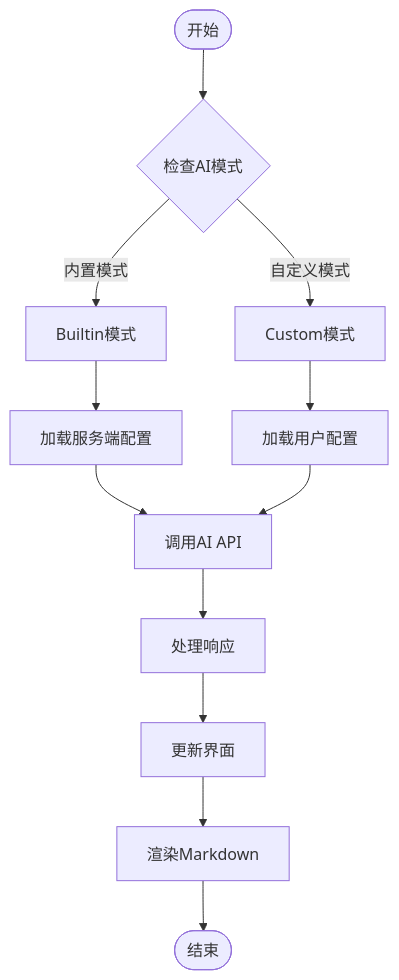
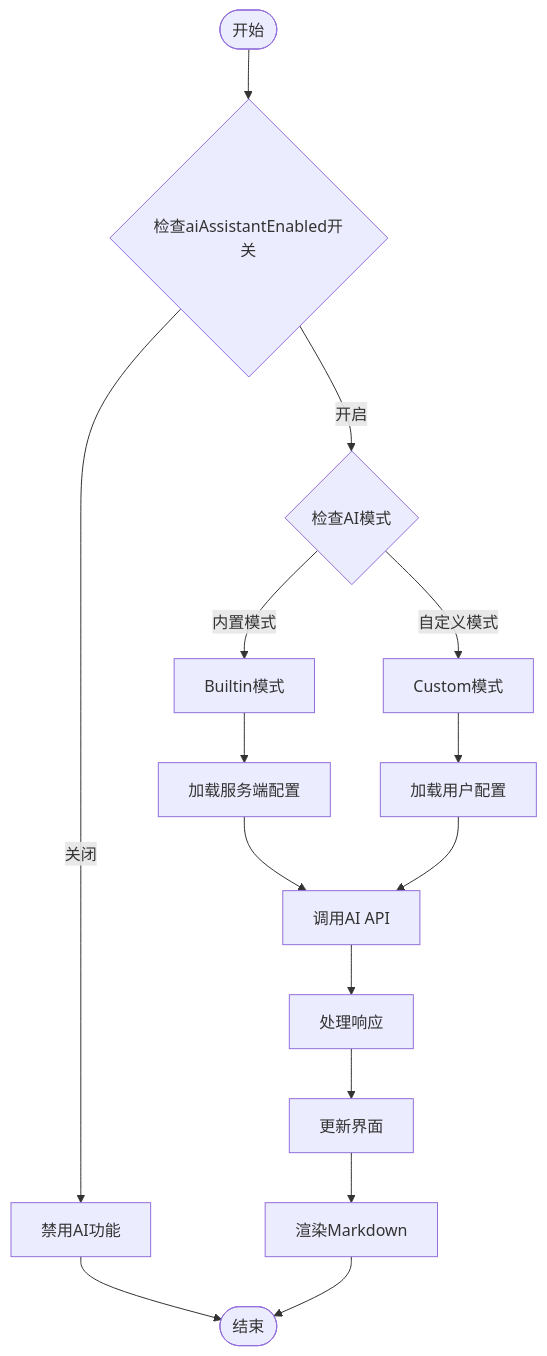
One commit to terwer/siyuan-plugin-blog changed the fourth of 7 diagrams in .qoder/repowiki/zh/content/核心功能/AI 助手系统.md. Above: the diagram before and after it, drawn with Mermaid. The commit also changed other lines of this file and 1 other file, not shown here.

Commit message:
docs: add AI assistant switch and content validation mechanisms

````diff
--- a/.qoder/repowiki/zh/content/核心功能/AI 助手系统.md
+++ b/.qoder/repowiki/zh/content/核心功能/AI 助手系统.md
@@ -233,14 +239,17 @@
 ```mermaid
 flowchart TD
-Start([开始]) --> CheckMode{检查AI模式}
+Start([开始]) --> CheckSwitch{检查aiAssistantEnabled开关}
+CheckSwitch --> |关闭| Disabled[禁用AI功能]
+CheckSwitch --> |开启| CheckMode{检查AI模式}
 CheckMode --> |内置模式| Builtin[Builtin模式]
 CheckMode --> |自定义模式| Custom[Custom模式]
+Disabled --> End([结束])
 Builtin --> LoadConfig[加载服务端配置]
 Custom --> LoadUserConfig[加载用户配置]
 LoadConfig --> CallAPI[调用AI API]
 LoadUserConfig --> CallAPI
 CallAPI --> ProcessResponse[处理响应]
 ProcessResponse --> UpdateUI[更新界面]
 UpdateUI --> RenderMarkdown[渲染Markdown]
 RenderMarkdown --> End([结束])
 ```
````
